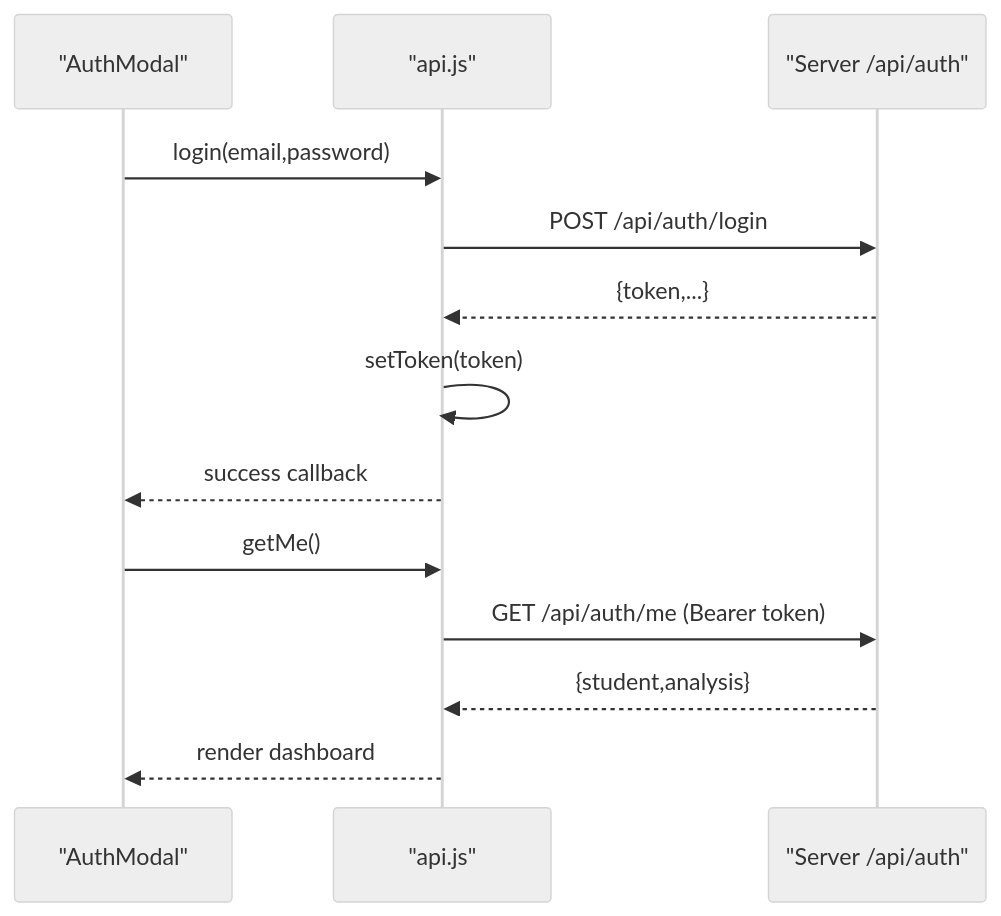
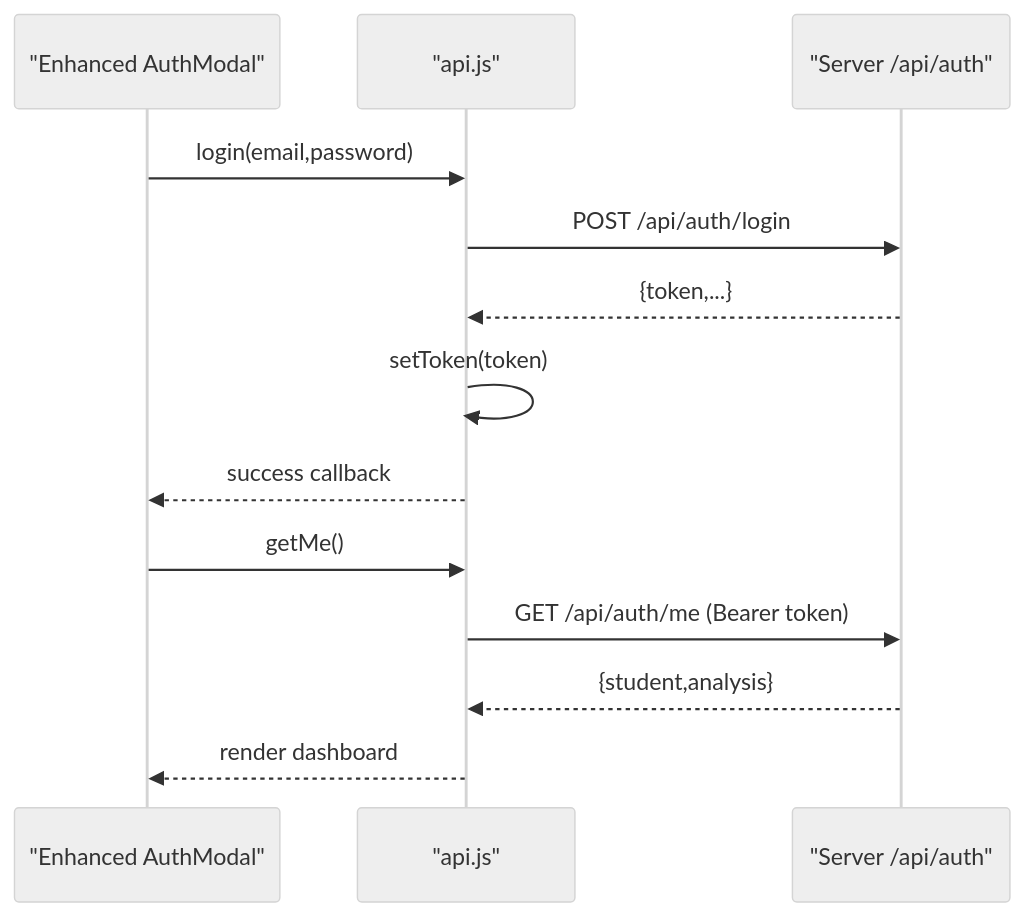
One commit to Alishba-Moin/CareerCompass changed the eighth of 12 diagrams in .qoder/repowiki/en/content/Core Features/Authentication System.md. Above: the diagram before and after it, drawn with Mermaid (neutral theme). The commit also changed other lines of this file and 8 other files, not shown here.

````diff
--- a/.qoder/repowiki/en/content/Core Features/Authentication System.md
+++ b/.qoder/repowiki/en/content/Core Features/Authentication System.md
@@ -239,15 +257,15 @@
 ```mermaid
 sequenceDiagram
-participant UI as "AuthModal"
+participant UI as "Enhanced AuthModal"
 participant API as "api.js"
 participant BE as "Server /api/auth"
 UI->>API : login(email,password)
 API->>BE : POST /api/auth/login
 BE-->>API : {token,...}
 API->>API : setToken(token)
 API-->>UI : success callback
 UI->>API : getMe()
 API->>BE : GET /api/auth/me (Bearer token)
 BE-->>API : {student,analysis}
 API-->>UI : render dashboard
 ```
````
